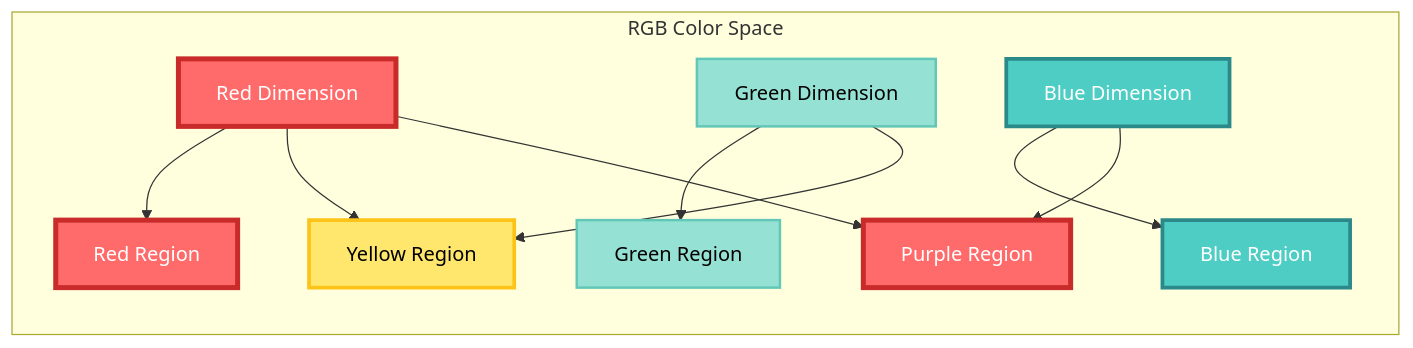
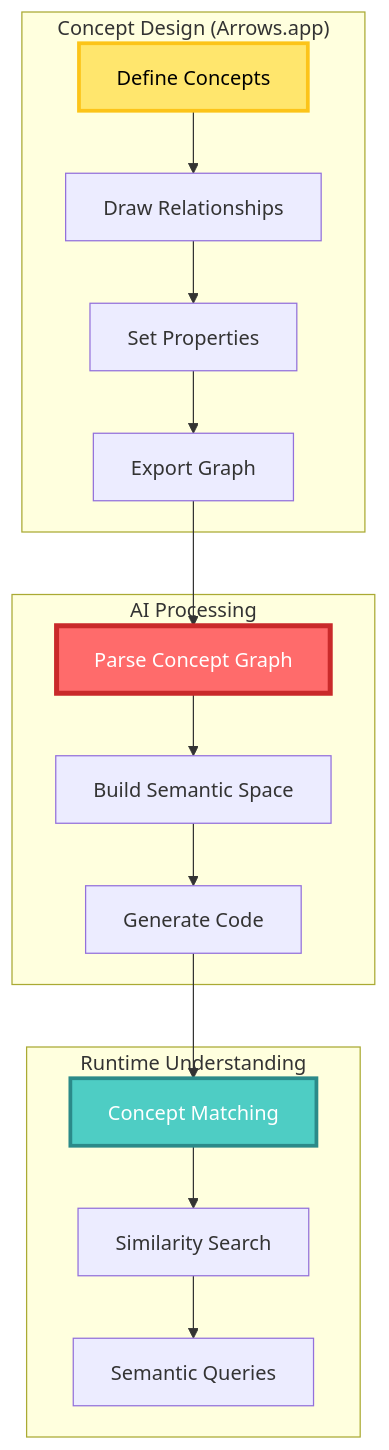
Before and after one commit to TheCowboyAI/cim: the fourth of 9 diagrams in doc/architecture-deep-dive.md, drawn with Mermaid. The commit also changed other lines of this file and 1 other file, not shown here.

First line of the commit message:
Complete documentation revision for visual-first architecture

````diff
--- a/doc/architecture-deep-dive.md
+++ b/doc/architecture-deep-dive.md
@@ -384,34 +411,36 @@
 ```mermaid
-graph LR
-    subgraph "RGB Color Space"
-        R[Red Dimension]
-        G[Green Dimension]
-        B[Blue Dimension]
-        
-        C1[Red Region]
-        C2[Green Region]
-        C3[Blue Region]
-        C4[Yellow Region]
-        C5[Purple Region]
-        
-        R --> C1
-        G --> C2
-        B --> C3
-        
-        R --> C4
-        G --> C4
-        
-        R --> C5
-        B --> C5
+graph TB
+    subgraph "Concept Design (Arrows.app)"
+        CD1[Define Concepts]
+        CD2[Draw Relationships]
+        CD3[Set Properties]
+        CD4[Export Graph]
     end
     
+    subgraph "AI Processing"
+        AI1[Parse Concept Graph]
+        AI2[Build Semantic Space]
+        AI3[Generate Code]
+    end
+    
+    subgraph "Runtime Understanding"
+        R1[Concept Matching]
+        R2[Similarity Search]
+        R3[Semantic Queries]
+    end
+    
+    CD1 --> CD2
+    CD2 --> CD3
+    CD3 --> CD4
+    CD4 --> AI1
+    AI1 --> AI2
+    AI2 --> AI3
+    AI3 --> R1
+    R1 --> R2
+    R2 --> R3
+    
     %% Styling
-    style R fill:#FF6B6B,stroke:#C92A2A,stroke-width:4px,color:#FFF
-    style G fill:#95E1D3,stroke:#63C7B8,stroke-width:2px,color:#000
-    style B fill:#4ECDC4,stroke:#2B8A89,stroke-width:3px,color:#FFF
-    style C1 fill:#FF6B6B,stroke:#C92A2A,stroke-width:4px,color:#FFF
-    style C2 fill:#95E1D3,stroke:#63C7B8,stroke-width:2px,color:#000
-    style C3 fill:#4ECDC4,stroke:#2B8A89,stroke-width:3px,color:#FFF
-    style C4 fill:#FFE66D,stroke:#FCC419,stroke-width:3px,color:#000
-    style C5 fill:#FF6B6B,stroke:#C92A2A,stroke-width:4px,color:#FFF
+    style CD1 fill:#FFE66D,stroke:#FCC419,stroke-width:3px,color:#000
+    style AI1 fill:#FF6B6B,stroke:#C92A2A,stroke-width:4px,color:#FFF
+    style R1 fill:#4ECDC4,stroke:#2B8A89,stroke-width:3px,color:#FFF
 ```
````
